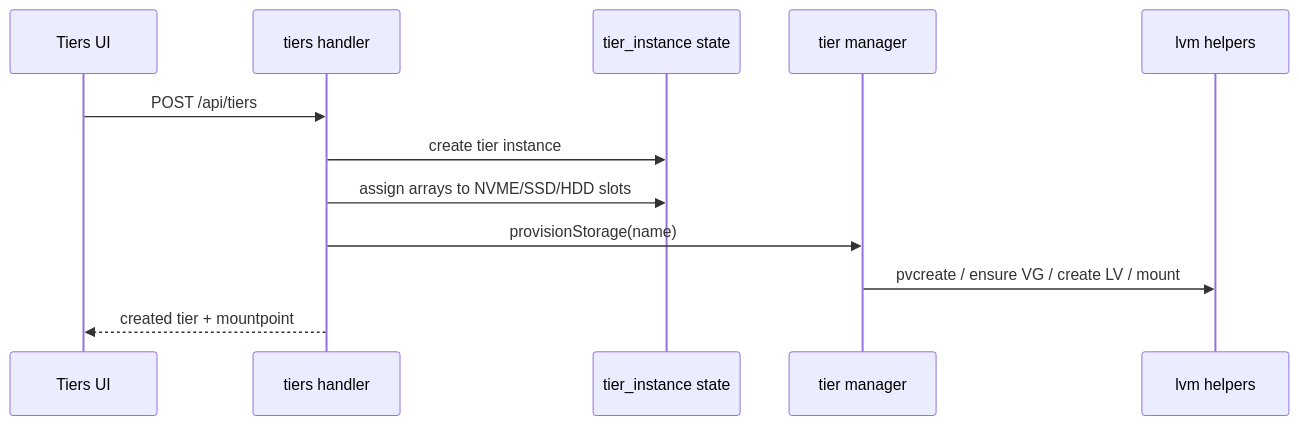
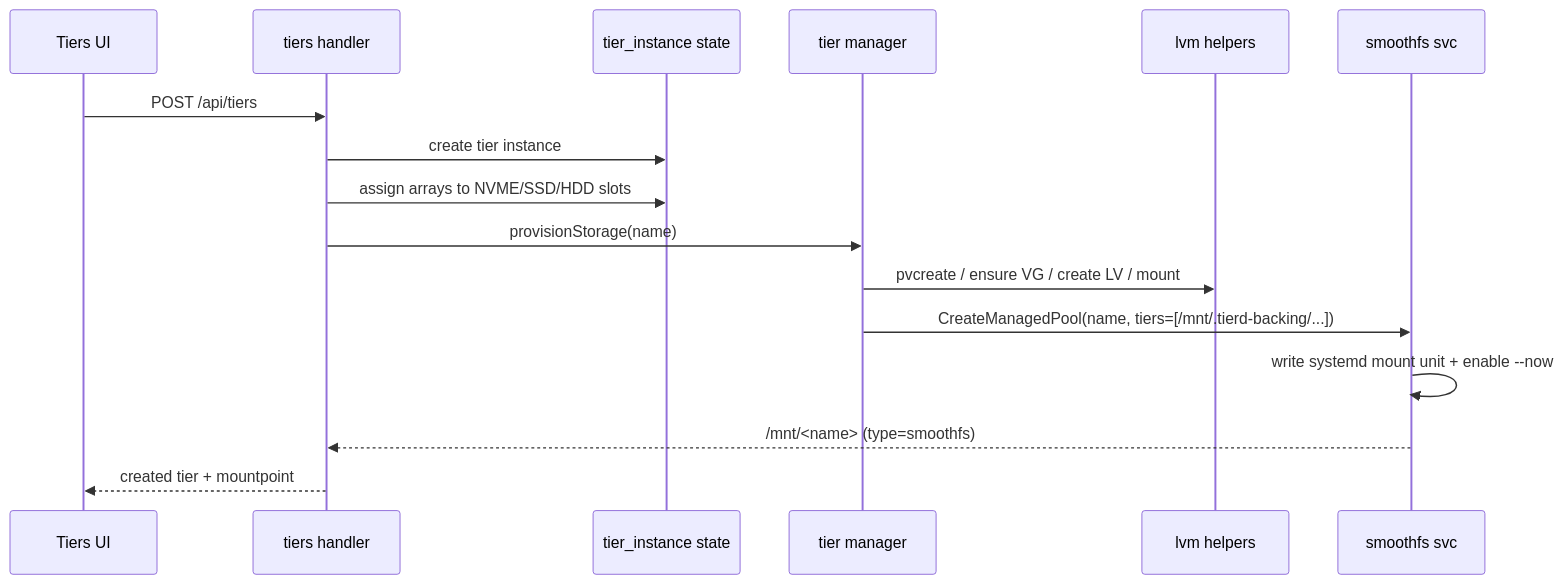
The fourth of 5 diagrams in docs/ARCHITECTURE.md (RakuenSoftware/smoothnas), drawn with Mermaid before and after one commit. The commit also changed other lines of this file and 375 other files, not shown here.

````diff
--- a/docs/ARCHITECTURE.md
+++ b/docs/ARCHITECTURE.md
@@ -96,15 +115,19 @@
 ```mermaid
 sequenceDiagram
     participant UI as Tiers UI
     participant API as tiers handler
     participant DB as tier_instance state
     participant Tier as tier manager
     participant LVM as lvm helpers
+    participant Smoothfs as smoothfs svc
 
     UI->>API: POST /api/tiers
     API->>DB: create tier instance
     API->>DB: assign arrays to NVME/SSD/HDD slots
     API->>Tier: provisionStorage(name)
     Tier->>LVM: pvcreate / ensure VG / create LV / mount
+    Tier->>Smoothfs: CreateManagedPool(name, tiers=[/mnt/.tierd-backing/...])
+    Smoothfs->>Smoothfs: write systemd mount unit + enable --now
+    Smoothfs-->>API: /mnt/<name> (type=smoothfs)
     API-->>UI: created tier + mountpoint
 ```
````
